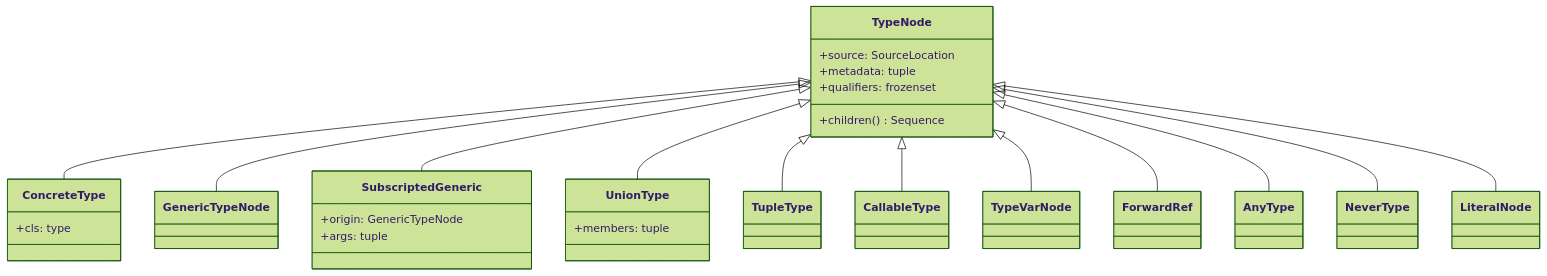
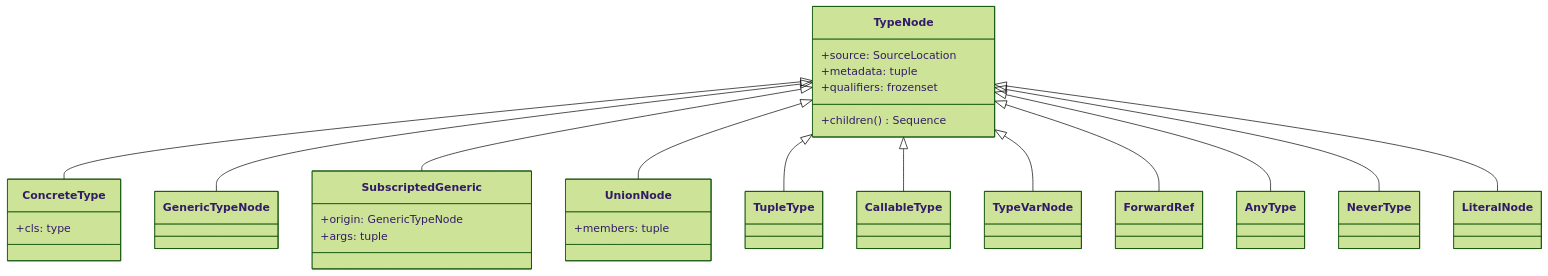
One commit to tbhb/typing-graph changed the third of 3 diagrams in docs/explanation/architecture.md. Above: the diagram before and after it, drawn with Mermaid (forest theme). The commit also changed other lines of this file and 20 other files, not shown here.

First line of the commit message:
feat(helpers): add union helper functions and rename UnionTypeNode to UnionNode

````diff
--- a/docs/explanation/architecture.md
+++ b/docs/explanation/architecture.md
@@ -94,34 +94,34 @@
 ```mermaid
 classDiagram
     TypeNode <|-- ConcreteType
     TypeNode <|-- GenericTypeNode
     TypeNode <|-- SubscriptedGeneric
-    TypeNode <|-- UnionType
+    TypeNode <|-- UnionNode
     TypeNode <|-- TupleType
     TypeNode <|-- CallableType
     TypeNode <|-- TypeVarNode
     TypeNode <|-- ForwardRef
     TypeNode <|-- AnyType
     TypeNode <|-- NeverType
     TypeNode <|-- LiteralNode
 
     class TypeNode {
         +source: SourceLocation
         +metadata: tuple
         +qualifiers: frozenset
         +children() Sequence
     }
 
     class ConcreteType {
         +cls: type
     }
 
     class SubscriptedGeneric {
         +origin: GenericTypeNode
         +args: tuple
     }
 
-    class UnionType {
+    class UnionNode {
         +members: tuple
     }
 ```
````
